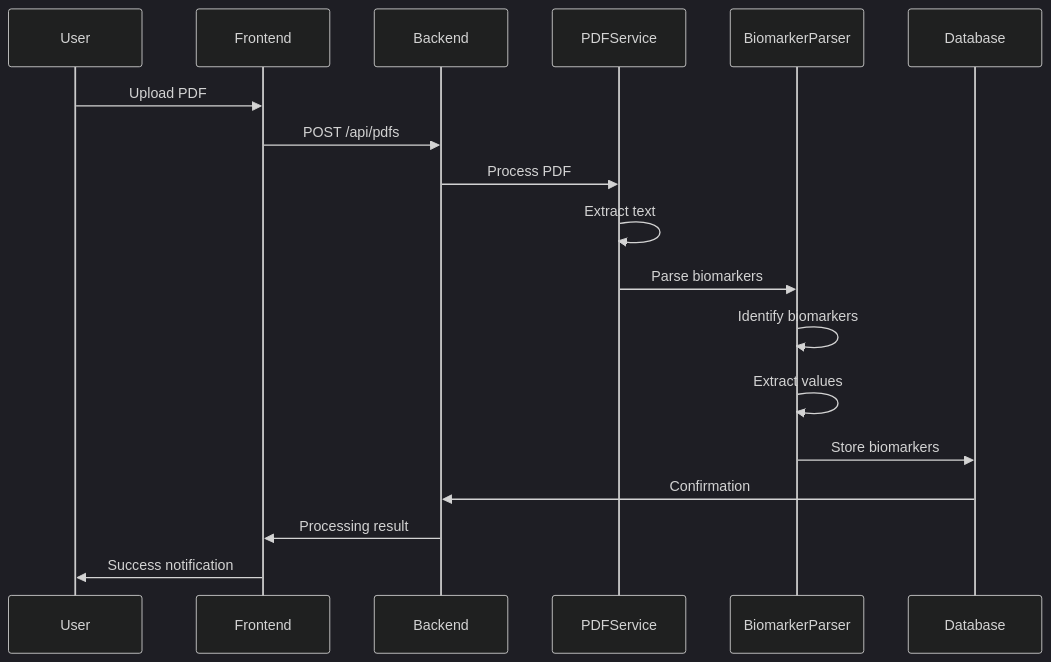
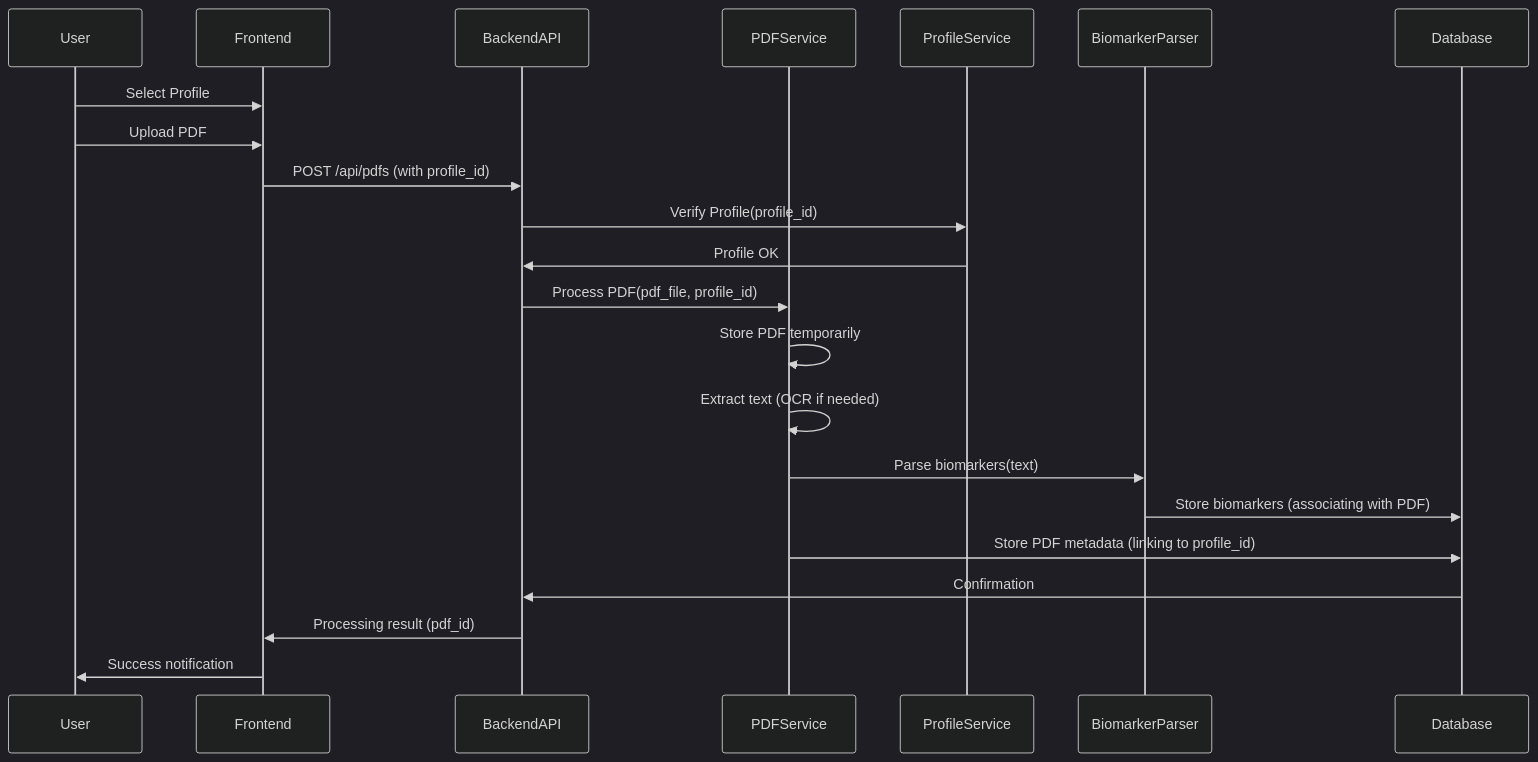
One commit to aman-ankur/vein-diagram changed the fourth of 4 diagrams in memory-bank/systemPatterns.md. Above: the diagram before and after it, drawn with Mermaid (dark theme). The commit also changed other lines of this file and 6 other files, not shown here.

First line of the commit message:
feat(profile): Implement user profile management and favorite biomarkers functionality

````diff
--- a/memory-bank/systemPatterns.md
+++ b/memory-bank/systemPatterns.md
@@ -125,21 +165,25 @@
 ```mermaid
 sequenceDiagram
     participant User
     participant Frontend
-    participant Backend
+    participant BackendAPI
     participant PDFService
+    participant ProfileService
     participant BiomarkerParser
     participant Database
-    
+
+    User->>Frontend: Select Profile
     User->>Frontend: Upload PDF
-    Frontend->>Backend: POST /api/pdfs
-    Backend->>PDFService: Process PDF
-    PDFService->>PDFService: Extract text
-    PDFService->>BiomarkerParser: Parse biomarkers
-    BiomarkerParser->>BiomarkerParser: Identify biomarkers
-    BiomarkerParser->>BiomarkerParser: Extract values
-    BiomarkerParser->>Database: Store biomarkers
-    Database->>Backend: Confirmation
-    Backend->>Frontend: Processing result
+    Frontend->>BackendAPI: POST /api/pdfs (with profile_id)
+    BackendAPI->>ProfileService: Verify Profile(profile_id)
+    ProfileService->>BackendAPI: Profile OK
+    BackendAPI->>PDFService: Process PDF(pdf_file, profile_id)
+    PDFService->>PDFService: Store PDF temporarily
+    PDFService->>PDFService: Extract text (OCR if needed)
+    PDFService->>BiomarkerParser: Parse biomarkers(text)
+    BiomarkerParser->>Database: Store biomarkers (associating with PDF)
+    PDFService->>Database: Store PDF metadata (linking to profile_id)
+    Database->>BackendAPI: Confirmation
+    BackendAPI->>Frontend: Processing result (pdf_id)
     Frontend->>User: Success notification
 ```
````
